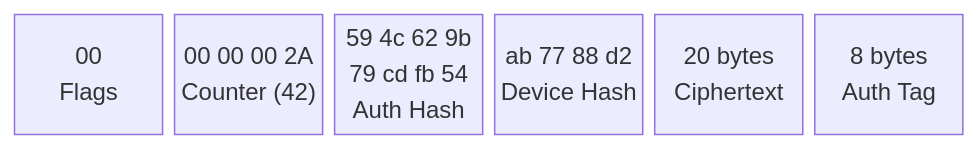
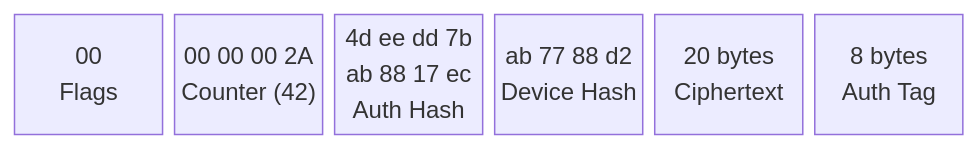
The third of 3 diagrams in TagoTiPs.md (tago-io/tagotip), drawn with Mermaid before and after one commit. The commit also changed other lines of this file and 3 other files, not shown here.

````diff
--- a/TagoTiPs.md
+++ b/TagoTiPs.md
@@ -251,10 +254,10 @@
 ```mermaid
 block-beta
   columns 6
   F["00\nFlags"]:1
   C["00 00 00 2A\nCounter (42)"]:1
-  A["59 4c 62 9b\n79 cd fb 54\nAuth Hash"]:1
+  A["4d ee dd 7b\nab 88 17 ec\nAuth Hash"]:1
   D["ab 77 88 d2\nDevice Hash"]:1
   CT["20 bytes\nCiphertext"]:1
   T["8 bytes\nAuth Tag"]:1
 ```
````
